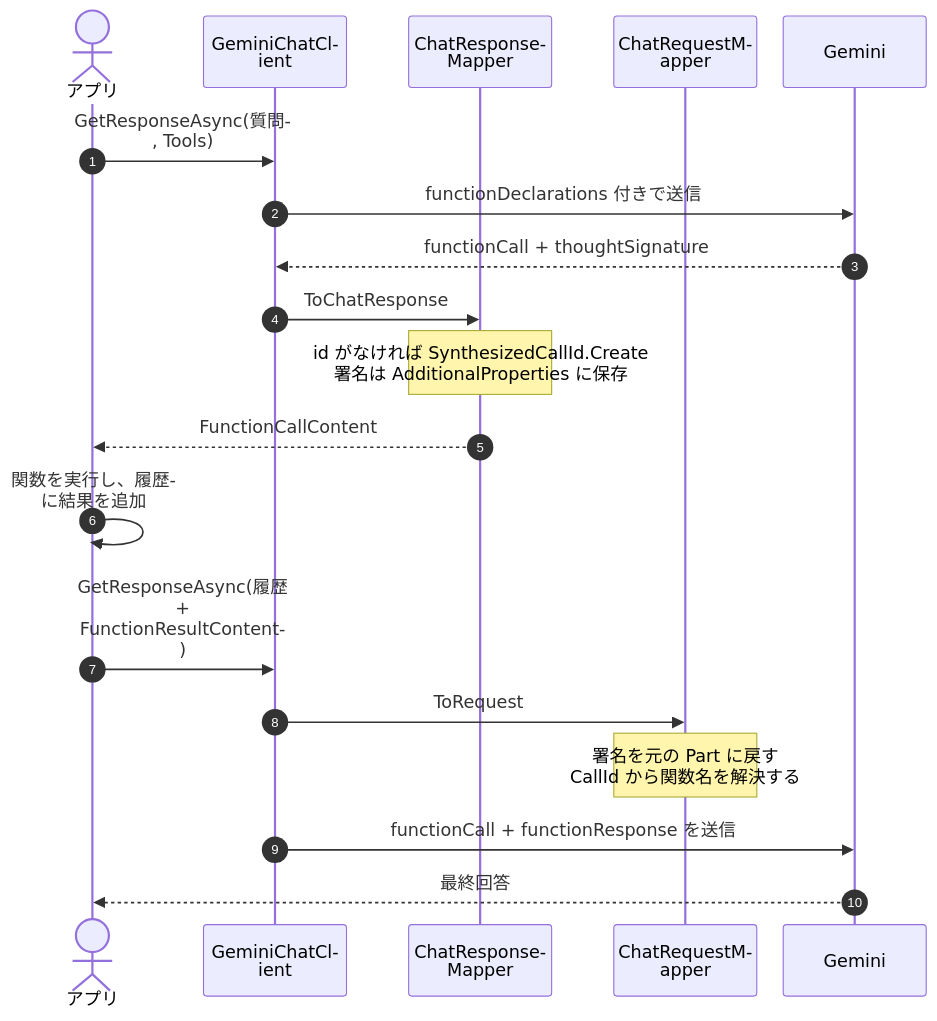
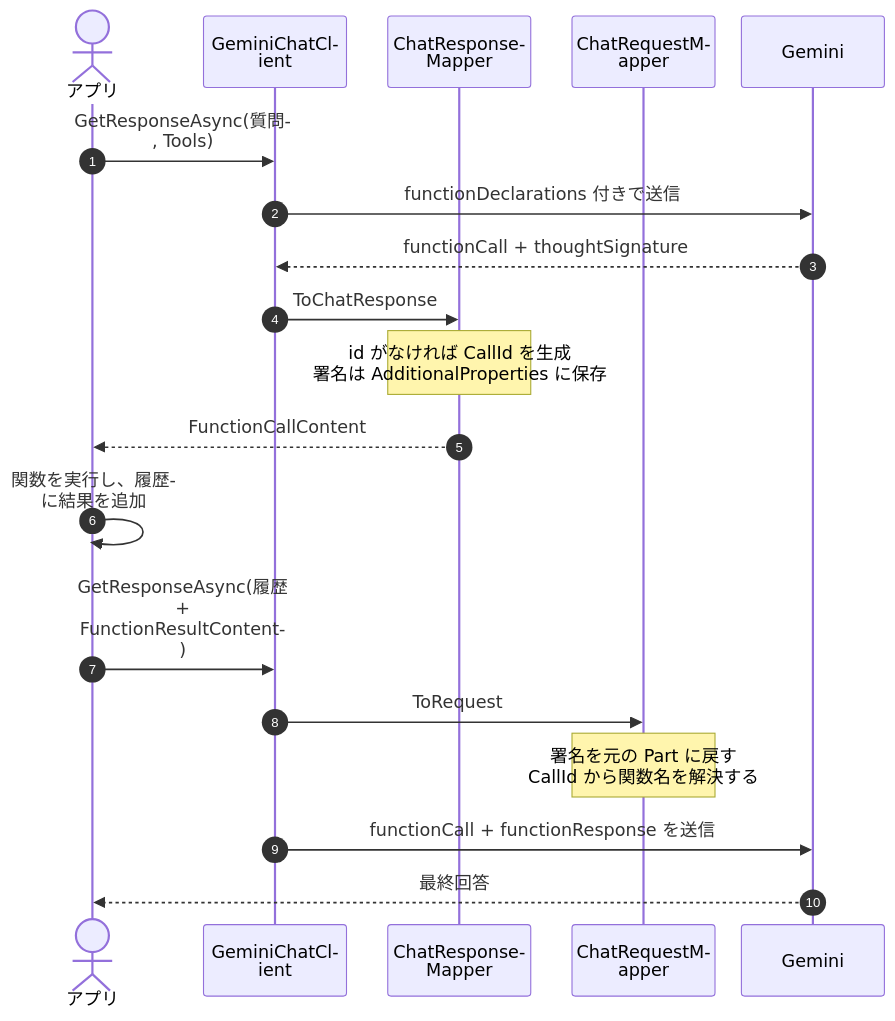
Before and after one commit to Osg-Junue/GeminiGatewayClient: the tenth of 15 diagrams in docs/ARCHITECTURE.md, drawn with Mermaid. The commit also changed other lines of this file and 73 other files, not shown here.

````diff
--- a/docs/ARCHITECTURE.md
+++ b/docs/ARCHITECTURE.md
@@ -520,23 +507,23 @@
 ```mermaid
 %%{init: {'sequence': {'wrap': true, 'actorMargin': 24, 'width': 130, 'messageMargin': 30}}}%%
 sequenceDiagram
     autonumber
     actor App as アプリ
     participant Chat as GeminiChatClient
     participant Res as ChatResponseMapper
     participant Req as ChatRequestMapper
     participant API as Gemini
 
     App->>Chat: GetResponseAsync(質問, Tools)
     Chat->>API: functionDeclarations 付きで送信
     API-->>Chat: functionCall + thoughtSignature
     Chat->>Res: ToChatResponse
-    Note over Res: id がなければ SynthesizedCallId.Create<br/>署名は AdditionalProperties に保存
+    Note over Res: id がなければ CallId を生成<br/>署名は AdditionalProperties に保存
     Res-->>App: FunctionCallContent
     App->>App: 関数を実行し、履歴に結果を追加
     App->>Chat: GetResponseAsync(履歴 + FunctionResultContent)
     Chat->>Req: ToRequest
     Note over Req: 署名を元の Part に戻す<br/>CallId から関数名を解決する
     Chat->>API: functionCall + functionResponse を送信
     API-->>App: 最終回答
 ```
````
